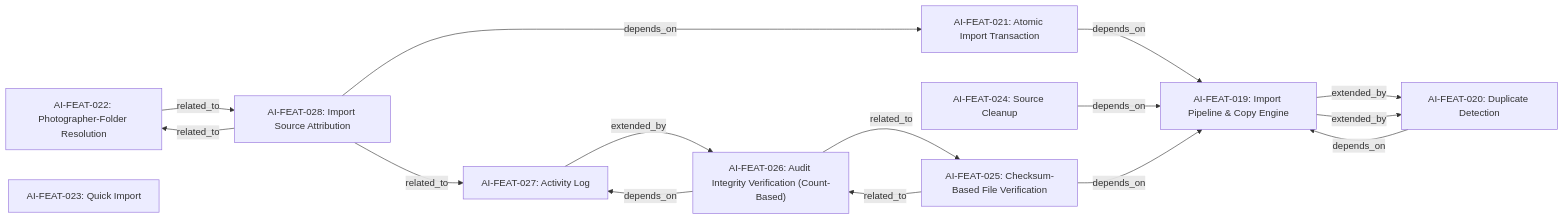
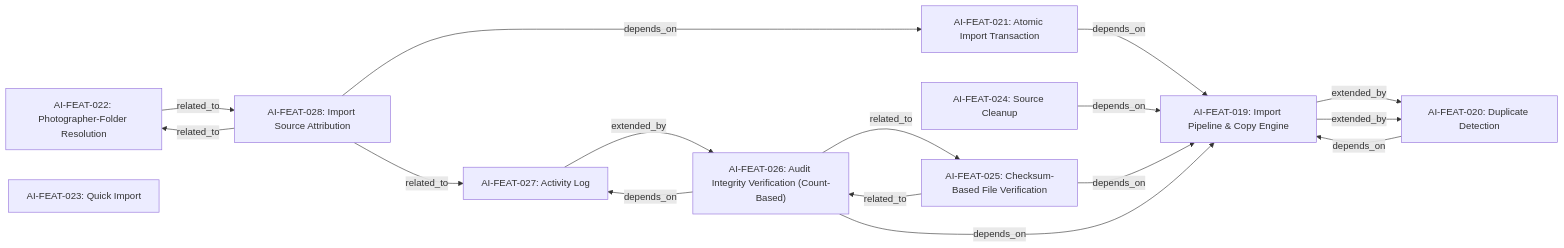
One commit to murtazakhazanchi-ops/autoingest-releases changed the fourth of 8 diagrams in docs/product/generated/dependency-graph.md. Above: the diagram before and after it, drawn with Mermaid. The commit also changed other lines of this file and 82 other files, not shown here.

````diff
--- a/docs/product/generated/dependency-graph.md
+++ b/docs/product/generated/dependency-graph.md
@@ -299,28 +302,29 @@
 ```mermaid
 flowchart LR
   %% Import and Archive Writing subsystem
   AI_FEAT_019["AI-FEAT-019: Import Pipeline & Copy Engine"]
   AI_FEAT_020["AI-FEAT-020: Duplicate Detection"]
   AI_FEAT_021["AI-FEAT-021: Atomic Import Transaction"]
   AI_FEAT_022["AI-FEAT-022: Photographer-Folder Resolution"]
   AI_FEAT_023["AI-FEAT-023: Quick Import"]
   AI_FEAT_024["AI-FEAT-024: Source Cleanup"]
   AI_FEAT_025["AI-FEAT-025: Checksum-Based File Verification"]
   AI_FEAT_026["AI-FEAT-026: Audit Integrity Verification (Count-Based)"]
   AI_FEAT_027["AI-FEAT-027: Activity Log"]
   AI_FEAT_028["AI-FEAT-028: Import Source Attribution"]
   AI_FEAT_019 -->|extended_by| AI_FEAT_020
   AI_FEAT_019 -->|extended_by| AI_FEAT_020
   AI_FEAT_020 -->|depends_on| AI_FEAT_019
   AI_FEAT_021 -->|depends_on| AI_FEAT_019
   AI_FEAT_022 -->|related_to| AI_FEAT_028
   AI_FEAT_024 -->|depends_on| AI_FEAT_019
   AI_FEAT_025 -->|depends_on| AI_FEAT_019
   AI_FEAT_025 -->|related_to| AI_FEAT_026
+  AI_FEAT_026 -->|depends_on| AI_FEAT_019
   AI_FEAT_026 -->|related_to| AI_FEAT_025
   AI_FEAT_026 -->|depends_on| AI_FEAT_027
   AI_FEAT_027 -->|extended_by| AI_FEAT_026
   AI_FEAT_028 -->|depends_on| AI_FEAT_021
   AI_FEAT_028 -->|related_to| AI_FEAT_022
   AI_FEAT_028 -->|related_to| AI_FEAT_027
 ```
````
